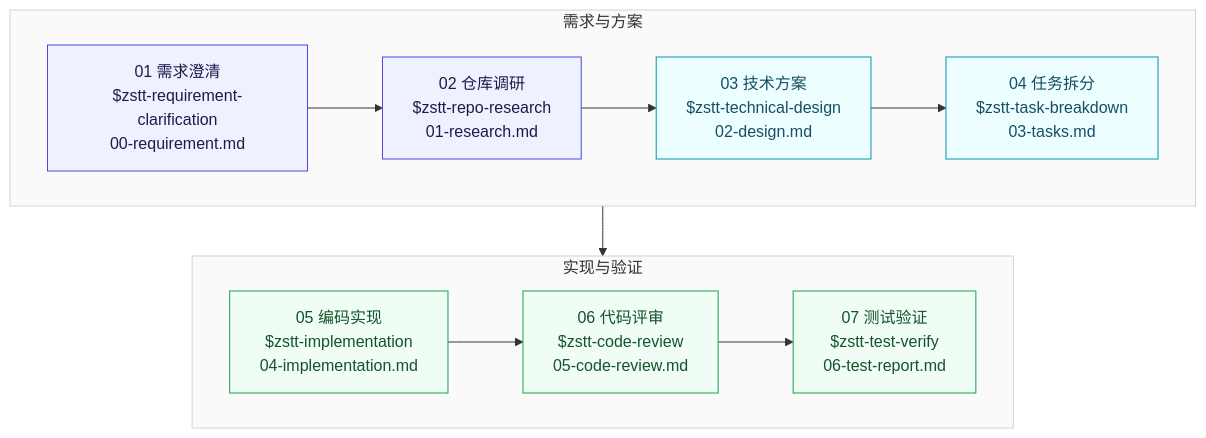
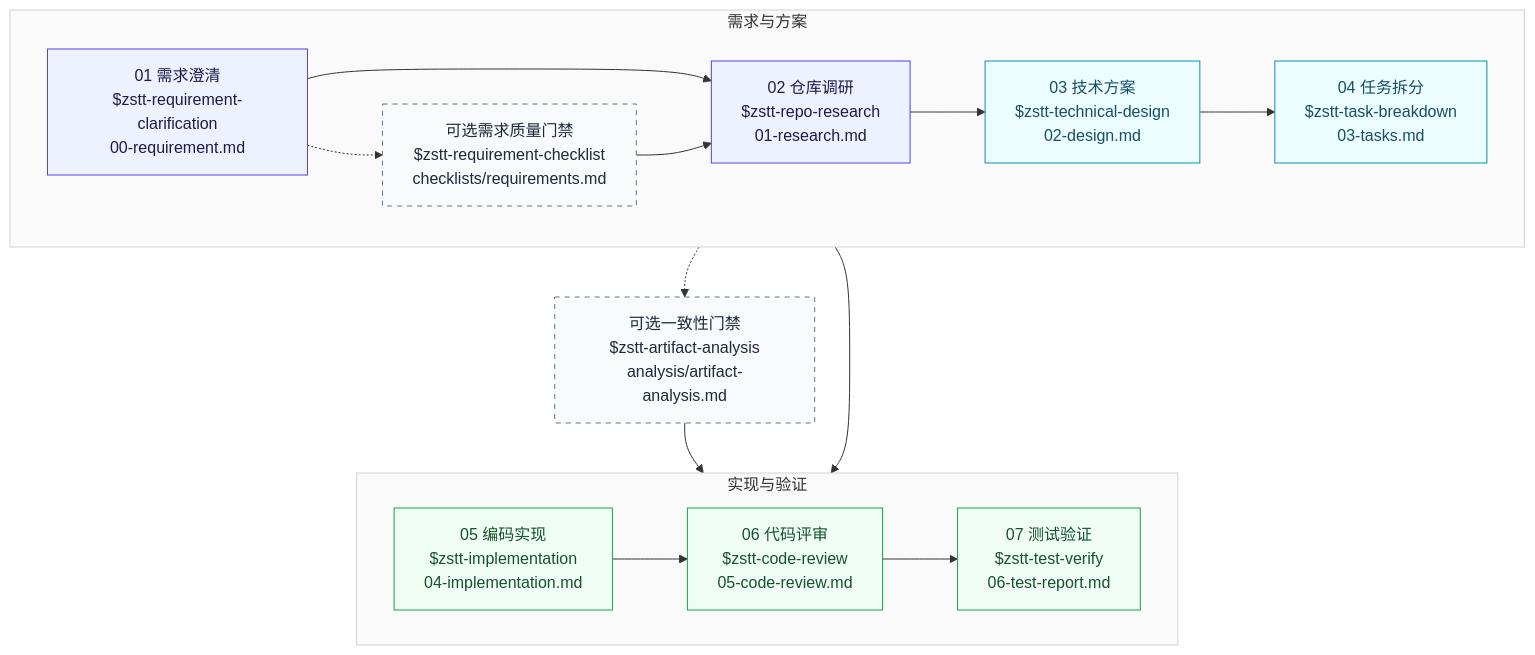
One commit to Foutlook/zstt-backend-workflow changed the first of 2 diagrams in README.md. Above: the diagram before and after it, drawn with Mermaid. The commit also changed other lines of this file and 22 other files, not shown here.

````diff
--- a/README.md
+++ b/README.md
@@ -29,24 +30,30 @@
 ```mermaid
 flowchart TB
     subgraph ANALYSIS["需求与方案"]
         direction LR
         RQ["01 需求澄清<br/>$zstt-requirement-clarification<br/>00-requirement.md"] --> RS["02 仓库调研<br/>$zstt-repo-research<br/>01-research.md"]
+        RQ -.-> RQC["可选需求质量门禁<br/>$zstt-requirement-checklist<br/>checklists/requirements.md"]
+        RQC --> RS
         RS --> DS["03 技术方案<br/>$zstt-technical-design<br/>02-design.md"] --> TB["04 任务拆分<br/>$zstt-task-breakdown<br/>03-tasks.md"]
     end
 
     subgraph DELIVERY["实现与验证"]
         direction LR
         IM["05 编码实现<br/>$zstt-implementation<br/>04-implementation.md"] --> CR["06 代码评审<br/>$zstt-code-review<br/>05-code-review.md"] --> TV["07 测试验证<br/>$zstt-test-verify<br/>06-test-report.md"]
     end
 
     TB --> IM
+    TB -.-> AA["可选一致性门禁<br/>$zstt-artifact-analysis<br/>analysis/artifact-analysis.md"]
+    AA --> IM
 
     classDef discovery fill:#eef2ff,stroke:#4f46e5,color:#1e1b4b
     classDef design fill:#ecfeff,stroke:#0891b2,color:#164e63
     classDef delivery fill:#f0fdf4,stroke:#16a34a,color:#14532d
+    classDef gate fill:#f8fafc,stroke:#64748b,color:#1e293b,stroke-dasharray:5 5
     class RQ,RS discovery
     class DS,TB design
     class IM,CR,TV delivery
+    class RQC,AA gate
     style ANALYSIS fill:#fafafa,stroke:#cbd5e1
     style DELIVERY fill:#fafafa,stroke:#cbd5e1
 ```
````
